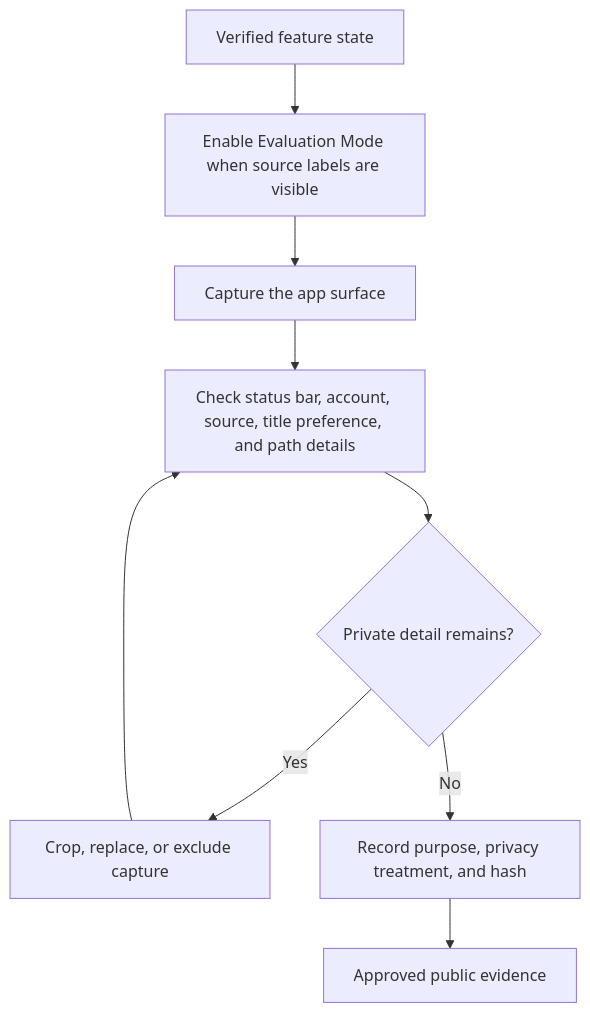
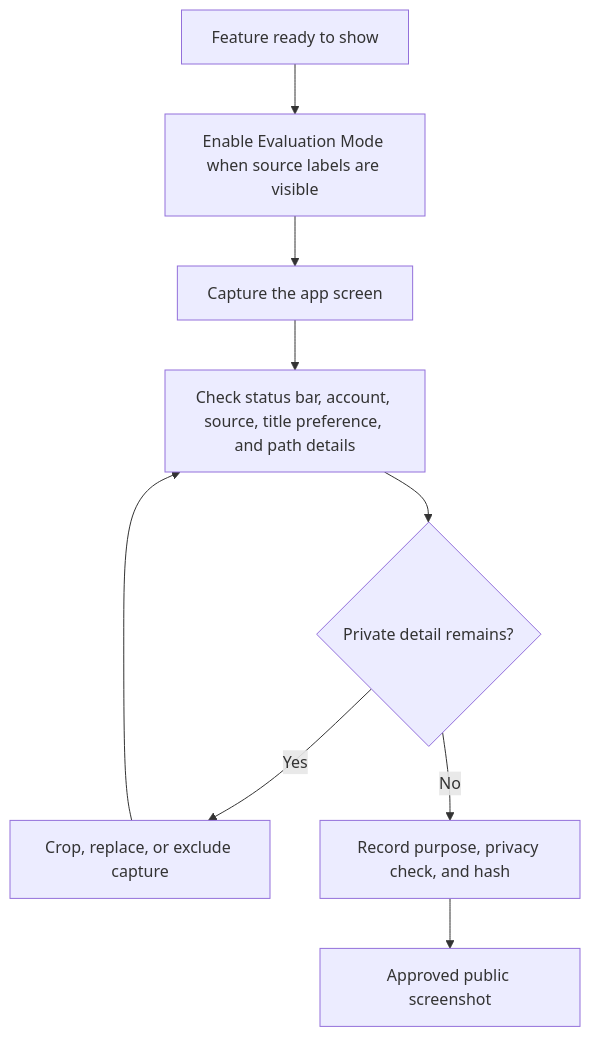
One commit to FancyCorey/komikku-KMK changed the fourth of 4 diagrams in docs/kmk/diagrams/export-and-evidence.md. Above: the diagram before and after it, drawn with Mermaid. The commit also changed other lines of this file and 23 other files, not shown here.

````diff
--- a/docs/kmk/diagrams/export-and-evidence.md
+++ b/docs/kmk/diagrams/export-and-evidence.md
@@ -63,11 +63,11 @@
 ```mermaid
 flowchart TD
-    Feature["Verified feature state"] --> Mode["Enable Evaluation Mode when source labels are visible"]
-    Mode --> Capture["Capture the app surface"]
+    Feature["Feature ready to show"] --> Mode["Enable Evaluation Mode when source labels are visible"]
+    Mode --> Capture["Capture the app screen"]
     Capture --> Inspect["Check status bar, account, source, title preference, and path details"]
     Inspect --> Private{"Private detail remains?"}
     Private -->|Yes| Exclude["Crop, replace, or exclude capture"]
-    Private -->|No| Hash["Record purpose, privacy treatment, and hash"]
+    Private -->|No| Hash["Record purpose, privacy check, and hash"]
     Exclude --> Inspect
-    Hash --> Public["Approved public evidence"]
+    Hash --> Public["Approved public screenshot"]
 ```
````
